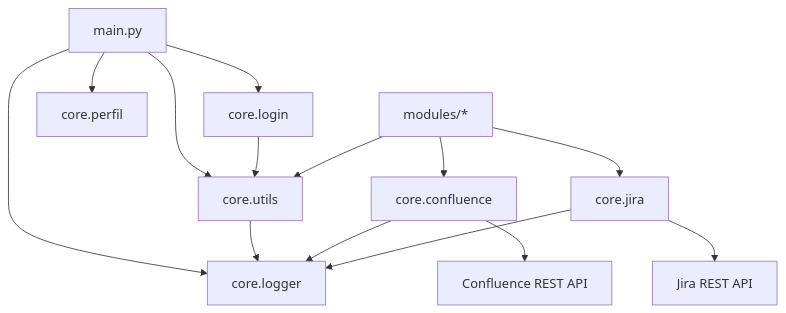
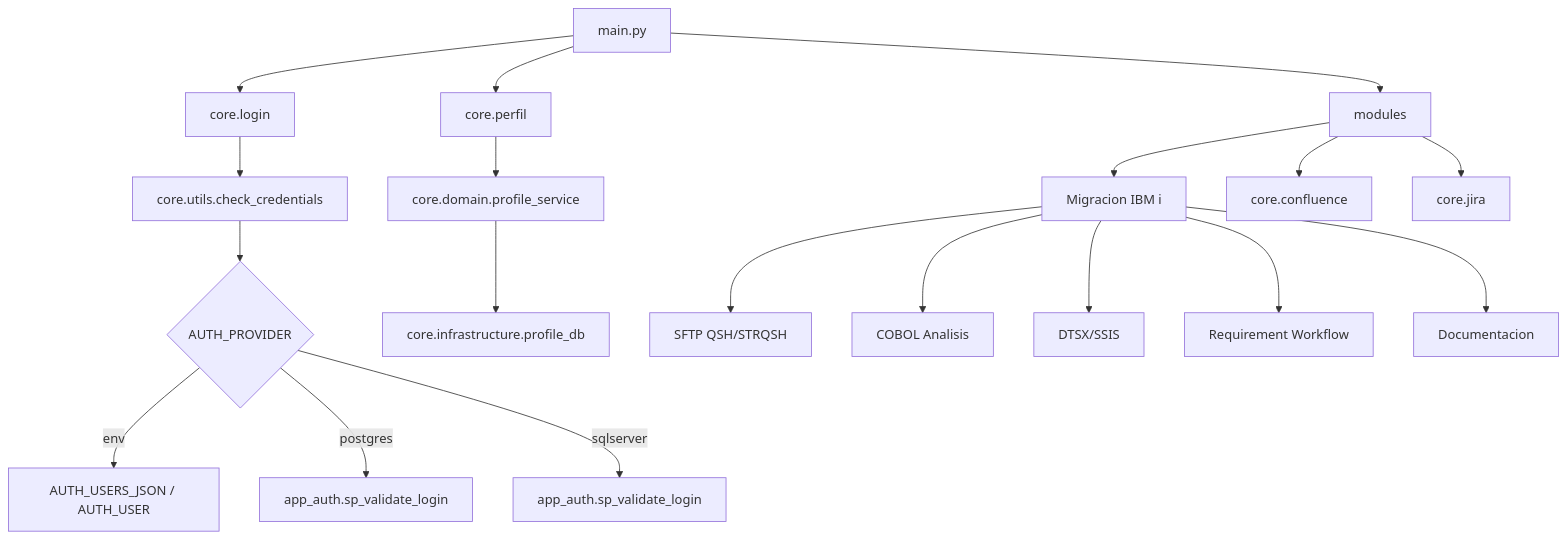
One commit to sergiocd89/AgenteSFTP changed the diagram in core/README.md. Above: the diagram before and after it, drawn with Mermaid. The commit also changed other lines of this file and 28 other files, not shown here.

Commit message:
Refactor auth/profile architecture and update core documentation

````diff
--- a/core/README.md
+++ b/core/README.md
@@ -10,16 +18,25 @@
 ```mermaid
 flowchart TB
-A[main.py] --> B[core.login]
-A --> C[core.perfil]
-A --> D[core.logger]
-A --> E[core.utils]
-E --> D
-B --> E
-F[modules/*] --> E
-F --> G[core.confluence]
-F --> H[core.jira]
-G --> D
-H --> D
-G --> I[Confluence REST API]
-H --> J[Jira REST API]
+    A[main.py] --> B[core.login]
+    A --> C[core.perfil]
+    A --> D[modules]
+
+    B --> E[core.utils.check_credentials]
+    E --> F{AUTH_PROVIDER}
+    F -->|env| G[AUTH_USERS_JSON / AUTH_USER]
+    F -->|postgres| H[app_auth.sp_validate_login]
+    F -->|sqlserver| I[app_auth.sp_validate_login]
+
+    C --> J[core.domain.profile_service]
+    J --> K[core.infrastructure.profile_db]
+
+    D --> L[Migracion IBM i]
+    L --> L1[SFTP QSH/STRQSH]
+    L --> L2[COBOL Analisis]
+    L --> L3[DTSX/SSIS]
+    L --> L4[Requirement Workflow]
+    L --> L5[Documentacion]
+
+    D --> M[core.confluence]
+    D --> N[core.jira]
 ```
````
